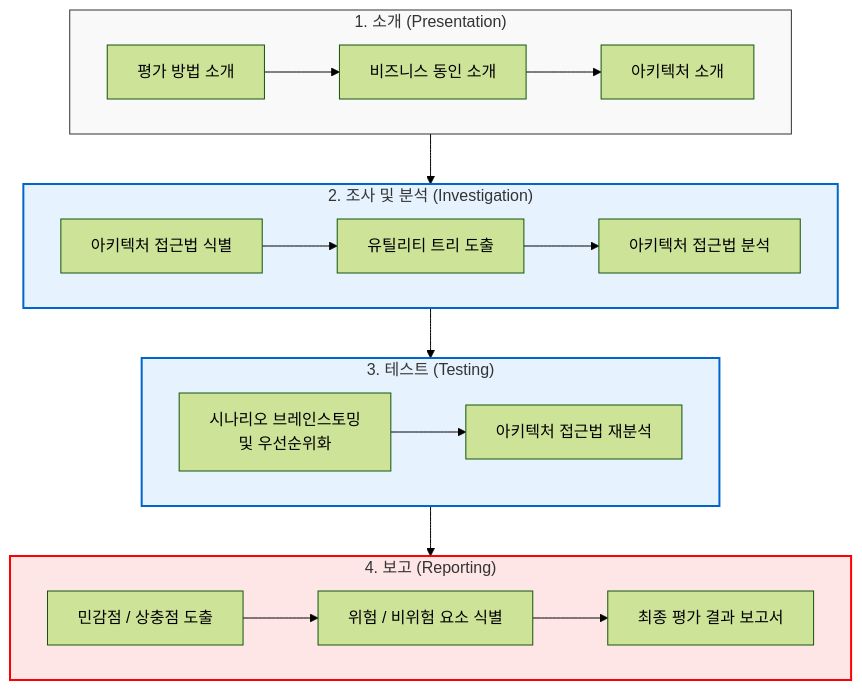
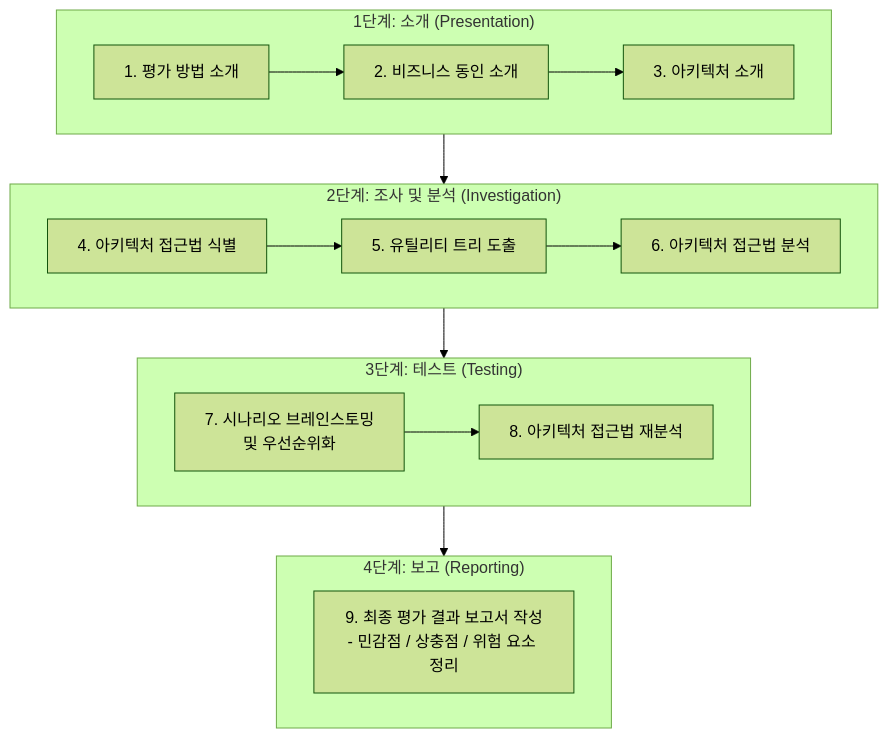
One commit to supremethumb/supremethumb.github.io changed the diagram in content/01_IT Tech/ATAM.md. Above: the diagram before and after it, drawn with Mermaid (forest theme). The commit also changed other lines of this file and 362 other files, not shown here.

````diff
--- a/content/01_IT Tech/ATAM.md
+++ b/content/01_IT Tech/ATAM.md
@@ -29,31 +30,24 @@
 ```mermaid
 flowchart TD
-    subgraph Phase1 ["1. 소개 (Presentation)"]
-        A[평가 방법 소개] --> B[비즈니스 동인 소개]
-        B --> C[아키텍처 소개]
+    subgraph Phase1 ["1단계: 소개 (Presentation)"]
+        A[1. 평가 방법 소개] --> B[2. 비즈니스 동인 소개]
+        B --> C[3. 아키텍처 소개]
     end
     
-    subgraph Phase2 ["2. 조사 및 분석 (Investigation)"]
-        D[아키텍처 접근법 식별] --> E[유틸리티 트리 도출]
-        E --> F[아키텍처 접근법 분석]
+    subgraph Phase2 ["2단계: 조사 및 분석 (Investigation)"]
+        D[4. 아키텍처 접근법 식별] --> E[5. 유틸리티 트리 도출]
+        E --> F[6. 아키텍처 접근법 분석]
     end
     
-    subgraph Phase3 ["3. 테스트 (Testing)"]
-        G[시나리오 브레인스토밍<br/>및 우선순위화] --> H[아키텍처 접근법 재분석]
+    subgraph Phase3 ["3단계: 테스트 (Testing)"]
+        G[7. 시나리오 브레인스토밍<br/>및 우선순위화] --> H[8. 아키텍처 접근법 재분석]
     end
     
-    subgraph Phase4 ["4. 보고 (Reporting)"]
-        I[민감점 / 상충점 도출] --> J[위험 / 비위험 요소 식별]
-        J --> K[최종 평가 결과 보고서]
+    subgraph Phase4 ["4단계: 보고 (Reporting)"]
+        I[9. 최종 평가 결과 보고서 작성<br/>- 민감점 / 상충점 / 위험 요소 정리]
     end
     
     Phase1 --> Phase2
     Phase2 --> Phase3
     Phase3 --> Phase4
-    
-    style Phase1 fill:#f9f9f9,stroke:#333
-    style Phase2 fill:#e6f3ff,stroke:#0066cc,stroke-width:2px
-    style Phase3 fill:#e6f3ff,stroke:#0066cc,stroke-width:2px
-    style Phase4 fill:#ffe6e6,stroke:#ff0000,stroke-width:2px
-
 ```
````
